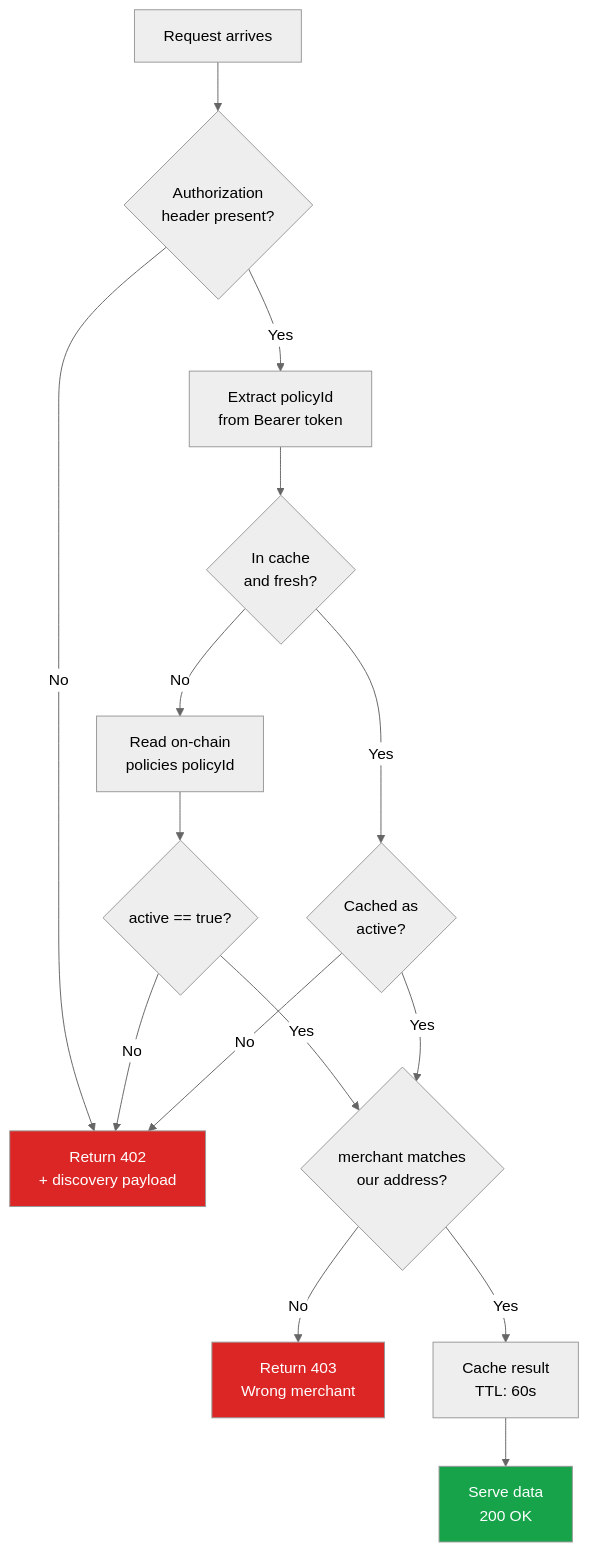
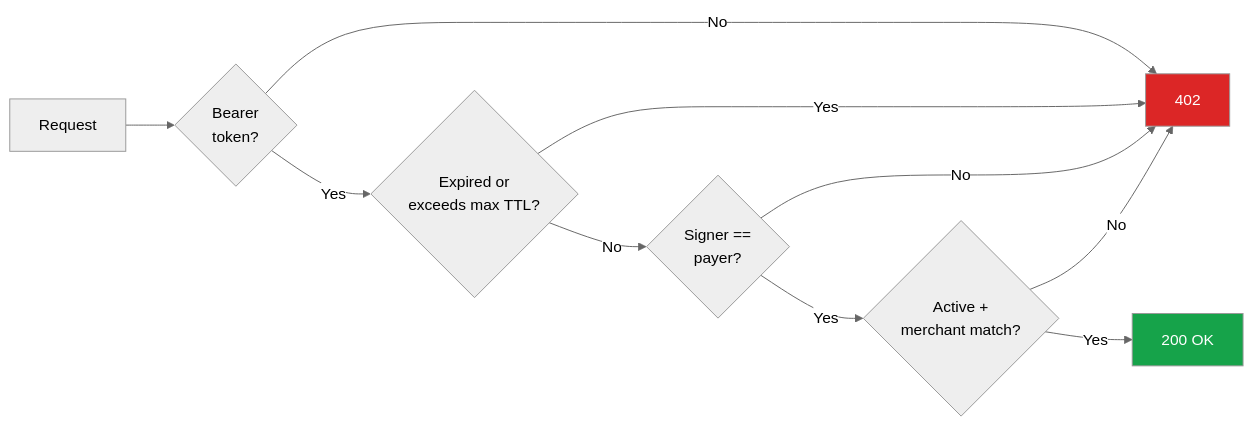
The seventh of 12 diagrams in documentation/AGENT_ARCHITECTURE.md (apeoverflow/Auto-Pay-Protocol), drawn with Mermaid (neutral theme) before and after one commit. The commit also changed other lines of this file, not shown here.

````diff
--- a/documentation/AGENT_ARCHITECTURE.md
+++ b/documentation/AGENT_ARCHITECTURE.md
@@ -296,25 +319,15 @@
 ```mermaid
-flowchart TD
-    A[Request arrives] --> B{Authorization<br/>header present?}
-    B -->|No| C[Return 402<br/>+ discovery payload]
-    B -->|Yes| D[Extract policyId<br/>from Bearer token]
-
-    D --> E{In cache<br/>and fresh?}
-    E -->|Yes| F{Cached as<br/>active?}
-    E -->|No| G[Read on-chain<br/>policies policyId]
-
-    G --> H{active == true?}
-    H -->|No| C
-    H -->|Yes| I{merchant matches<br/>our address?}
-
+flowchart LR
+    A[Request] --> B{Bearer<br/>token?}
+    B -->|No| C[402]
+    B -->|Yes| D{Expired or<br/>exceeds max TTL?}
+    D -->|Yes| C
+    D -->|No| E{Signer ==<br/>payer?}
+    E -->|No| C
+    E -->|Yes| F{Active +<br/>merchant match?}
     F -->|No| C
-    F -->|Yes| I
-
-    I -->|No| J[Return 403<br/>Wrong merchant]
-    I -->|Yes| K[Cache result<br/>TTL: 60s]
-    K --> L[Serve data<br/>200 OK]
+    F -->|Yes| G[200 OK]
 
     style C fill:#dc2626,color:#fff
-    style J fill:#dc2626,color:#fff
-    style L fill:#16A34A,color:#fff
+    style G fill:#16A34A,color:#fff
 ```
````
